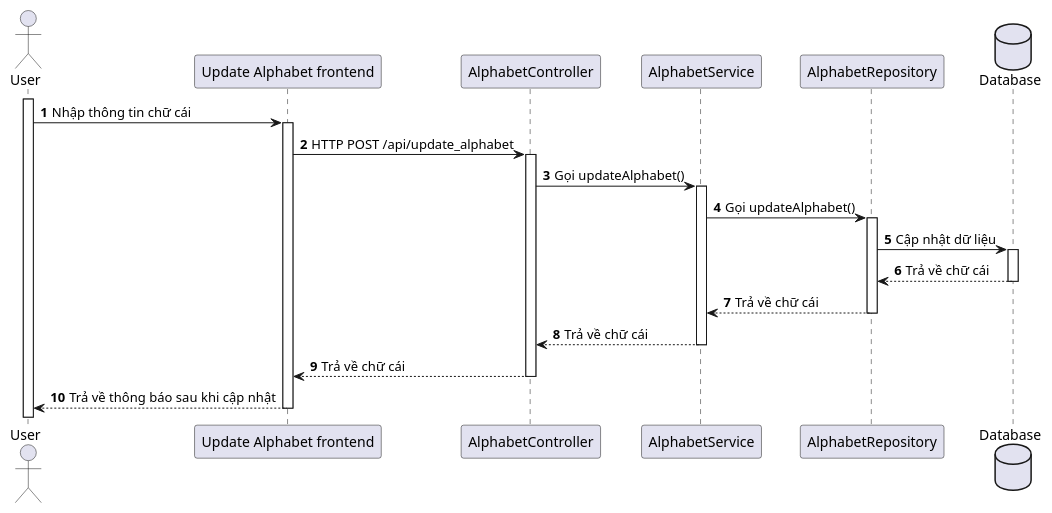
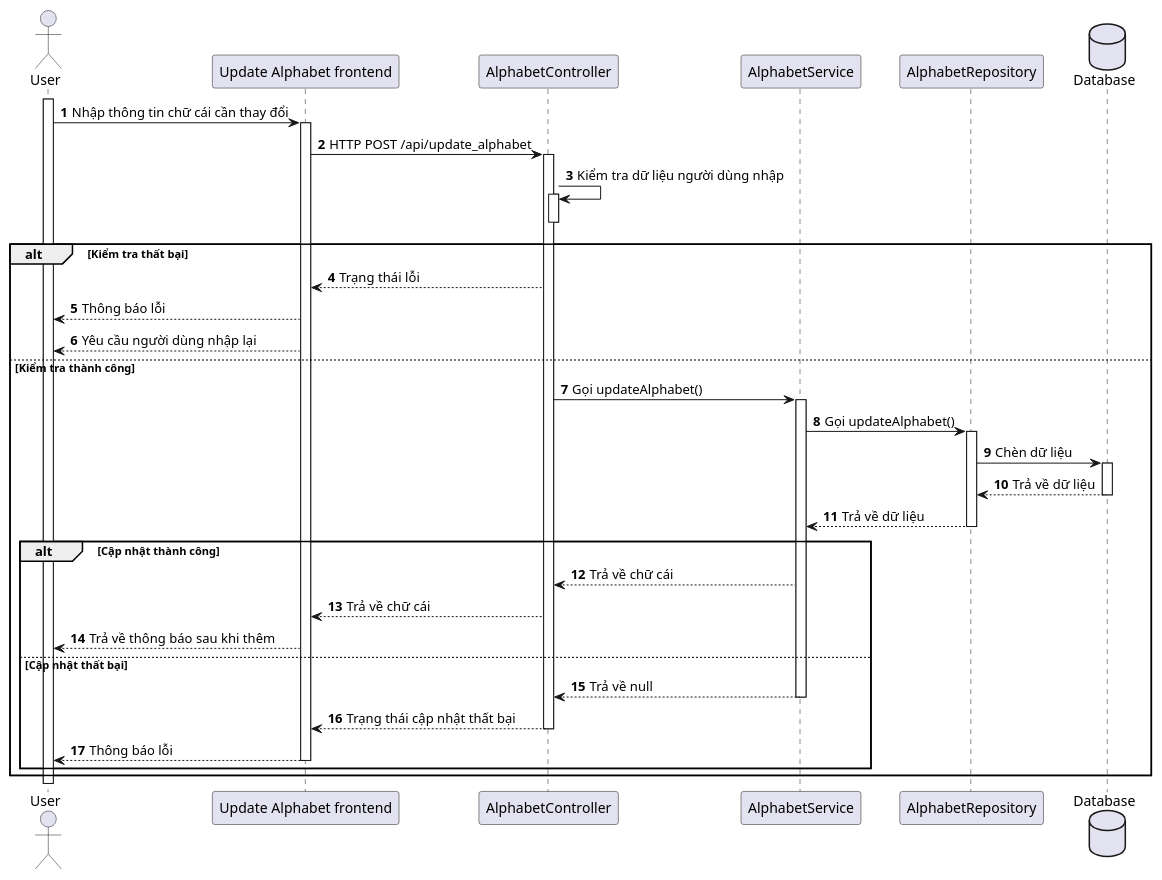
Before and after one commit to Annthe160639/japanese-app: the diagram in japanese-app/plant_uml/Alphabet/[Sequence] Update_Alphabet.puml, drawn with PlantUML. The commit also changed 3 other files, not shown here.

```diff
--- a/japanese-app/plant_uml/Alphabet/[Sequence] Update_Alphabet.puml
+++ b/japanese-app/plant_uml/Alphabet/[Sequence] Update_Alphabet.puml
@@ -1,31 +1,53 @@
 @startuml
 'https://plantuml.com/sequence-diagram
 
 autonumber
 
 actor User
 
 participant "Update Alphabet frontend" as fe
 participant "AlphabetController" as Controller
 participant "AlphabetService" as Service
 participant "AlphabetRepository" as Repository
 
 database Database
 activate User
 
-User -> fe++: Nhập thông tin chữ cái
+User -> fe++: Nhập thông tin chữ cái cần thay đổi
 
 fe -> Controller++: HTTP POST /api/update_alphabet
+
+Controller -> Controller: Kiểm tra dữ liệu người dùng nhập
+activate Controller
+deactivate Controller
+
+alt Kiểm tra thất bại
+Controller-->fe: Trạng thái lỗi
+fe-->User: Thông báo lỗi
+fe-->User: Yêu cầu người dùng nhập lại
+else Kiểm tra thành công
 Controller -> Service++: Gọi updateAlphabet()
 Service -> Repository++: Gọi updateAlphabet()
-Repository -> Database++: Cập nhật dữ liệu
+Repository -> Database++: Chèn dữ liệu
+Database --> Repository--: Trả về dữ liệu
+Repository --> Service--: Trả về dữ liệu
 
-Database --> Repository--: Trả về chữ cái
-Repository --> Service--: Trả về chữ cái
-Service --> Controller--: Trả về chữ cái
-Controller --> fe--: Trả về chữ cái
-fe --> User--: Trả về thông báo sau khi cập nhật
+    alt Cập nhật thành công
+
+Service --> Controller: Trả về chữ cái
+Controller --> fe: Trả về chữ cái
+fe --> User: Trả về thông báo sau khi thêm
+
+    else Cập nhật thất bại
+
+Service --> Controller--: Trả về null
+Controller --> fe--: Trạng thái cập nhật thất bại
+fe --> User--: Thông báo lỗi
+
+end
+
+end
 
 
 
 @enduml
```
